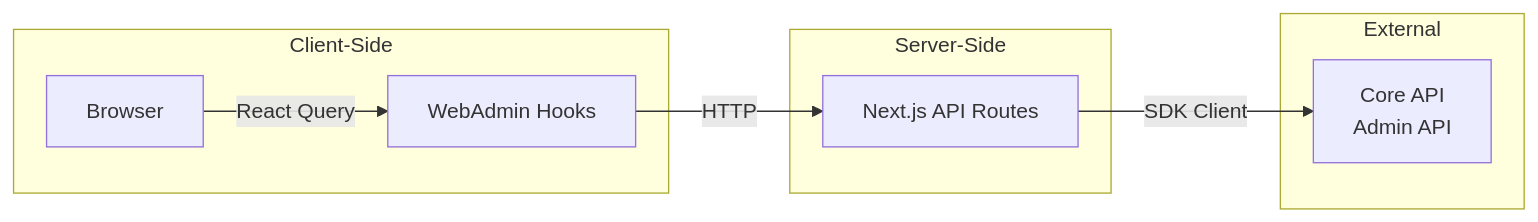
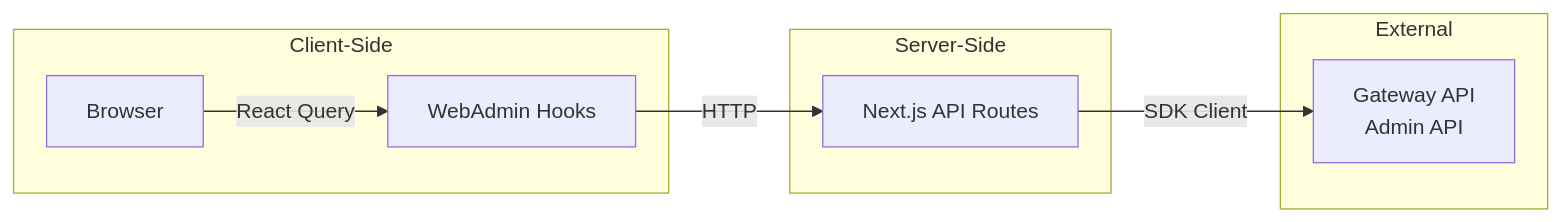
Before and after one commit to knnlabs/Conduit: the first of 7 diagrams in WebAdmin/docs/ARCHITECTURE.md, drawn with Mermaid. The commit also changed other lines of this file and 176 other files, not shown here.

````diff
--- a/WebAdmin/docs/ARCHITECTURE.md
+++ b/WebAdmin/docs/ARCHITECTURE.md
@@ -10,19 +10,19 @@
 ```mermaid
 graph LR
     A[Browser] -->|React Query| B[WebAdmin Hooks]
     B -->|HTTP| C[Next.js API Routes]
     C -->|SDK Client| D[Conduit APIs]
     
     subgraph "Client-Side"
         A
         B
     end
     
     subgraph "Server-Side"
         C
     end
     
     subgraph "External"
-        D[Core API<br/>Admin API]
+        D[Gateway API<br/>Admin API]
     end
 ```
````
